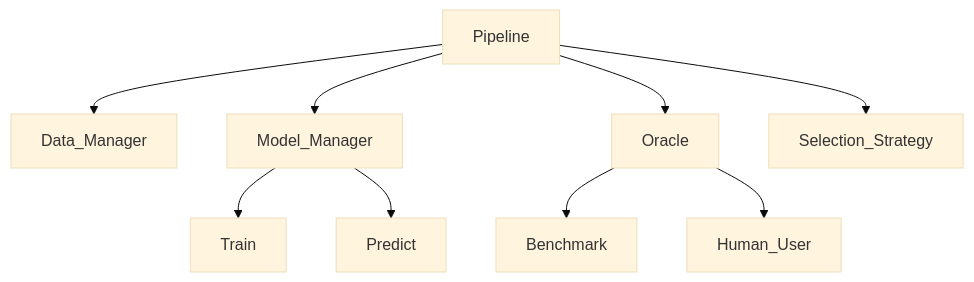
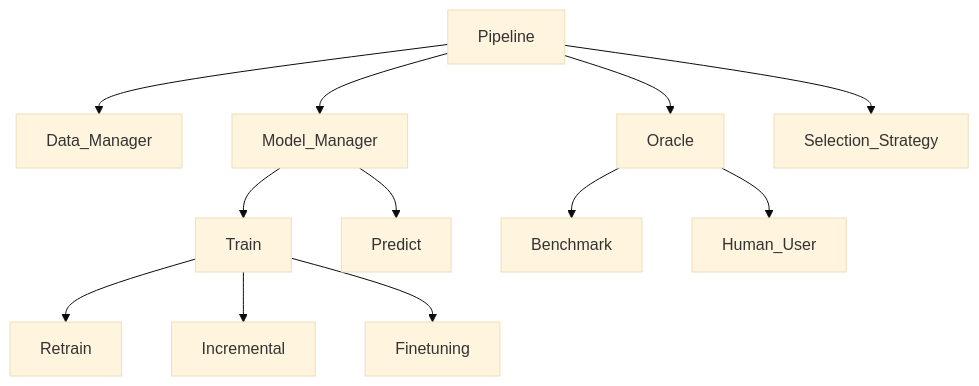
The diagram in README.md (HumAIne-JSI/HumAL), drawn with Mermaid (base theme) before and after one commit.

Commit message:
Initial architecture

````diff
--- a/README.md
+++ b/README.md
@@ -5,13 +5,17 @@
 ```mermaid
   graph TD;
     Pipeline --> Data_Manager
     Pipeline --> Model_Manager
     Pipeline --> Oracle
     Pipeline --> Selection_Strategy
 
     Model_Manager --> Train
     Model_Manager --> Predict
 
+    Train --> Retrain
+    Train --> Incremental
+    Train --> Finetuning
+
     Oracle --> Benchmark
     Oracle --> Human_User
 ```
````
